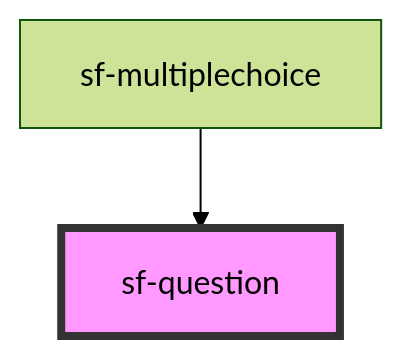
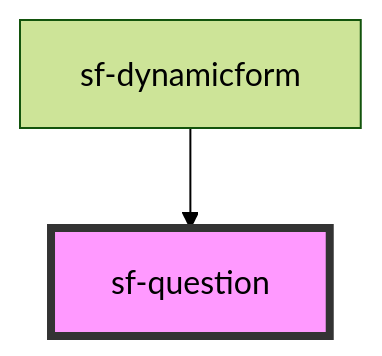
One commit to pxcemaker/SmartForms changed the diagram in fusion-opl/stencil-smartform-on-main/src/components/sf-question/readme.md. Above: the diagram before and after it, drawn with Mermaid (forest theme). The commit also changed other lines of this file and 6 other files, not shown here.

````diff
--- a/fusion-opl/stencil-smartform-on-main/src/components/sf-question/readme.md
+++ b/fusion-opl/stencil-smartform-on-main/src/components/sf-question/readme.md
@@ -14,5 +20,5 @@
 ```mermaid
 graph TD;
-  sf-multiplechoice --> sf-question
+  sf-dynamicform --> sf-question
   style sf-question fill:#f9f,stroke:#333,stroke-width:4px
 ```
````
